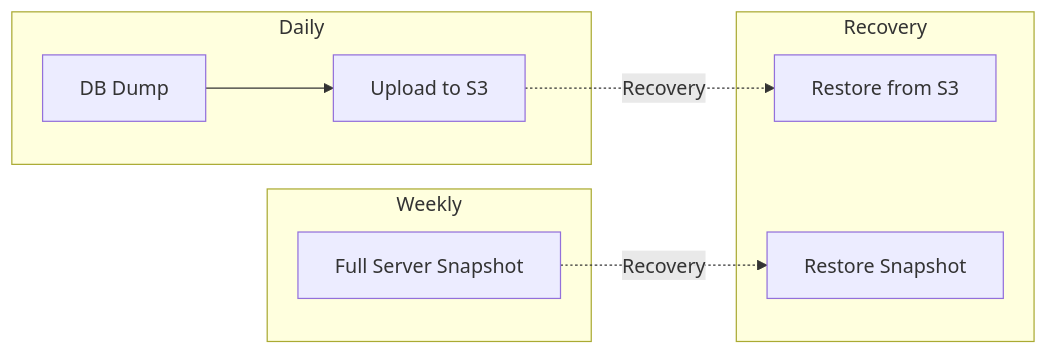
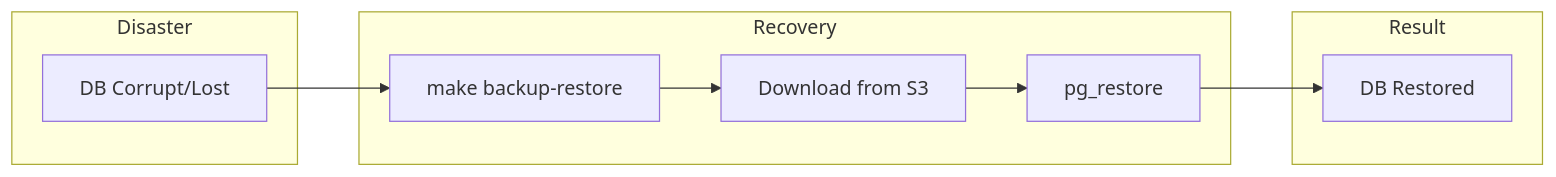
Diagram 11 of 11 in .concepts/architecture/deployment.md (atilladeniz/next-go-pg), drawn with Mermaid before and after one commit. The commit also changed other lines of this file and 9 other files, not shown here.

````diff
--- a/.concepts/architecture/deployment.md
+++ b/.concepts/architecture/deployment.md
@@ -267,20 +305,21 @@
 ```mermaid
 flowchart LR
-    subgraph Daily
-        D1[DB Dump]
-        D2[Upload to S3]
-    end
-
-    subgraph Weekly
-        W1[Full Server Snapshot]
+    subgraph Disaster
+        D1[DB Corrupt/Lost]
     end
 
     subgraph Recovery
-        R1[Restore from S3]
-        R2[Restore Snapshot]
+        R1[make backup-restore]
+        R2[Download from S3]
+        R3[pg_restore]
     end
 
-    D1 --> D2
-    D2 -.->|Recovery| R1
-    W1 -.->|Recovery| R2
+    subgraph Result
+        OK[DB Restored]
+    end
+
+    D1 --> R1
+    R1 --> R2
+    R2 --> R3
+    R3 --> OK
 ```
````
